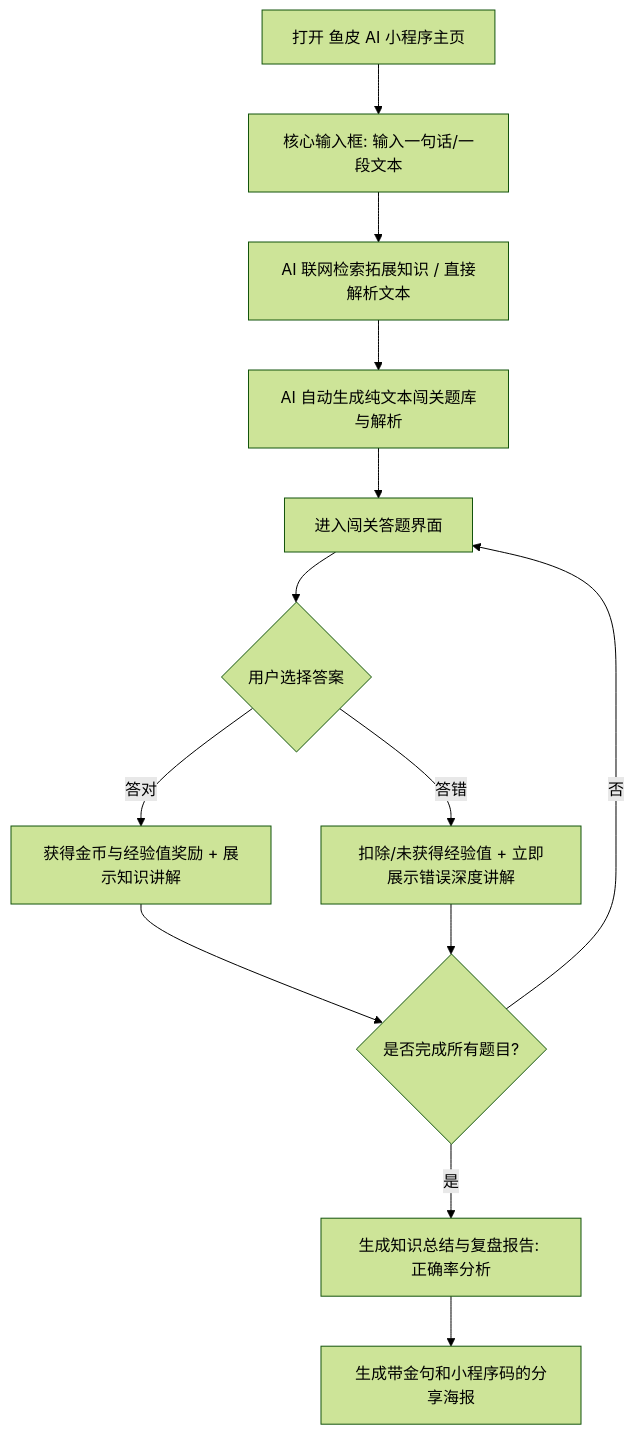
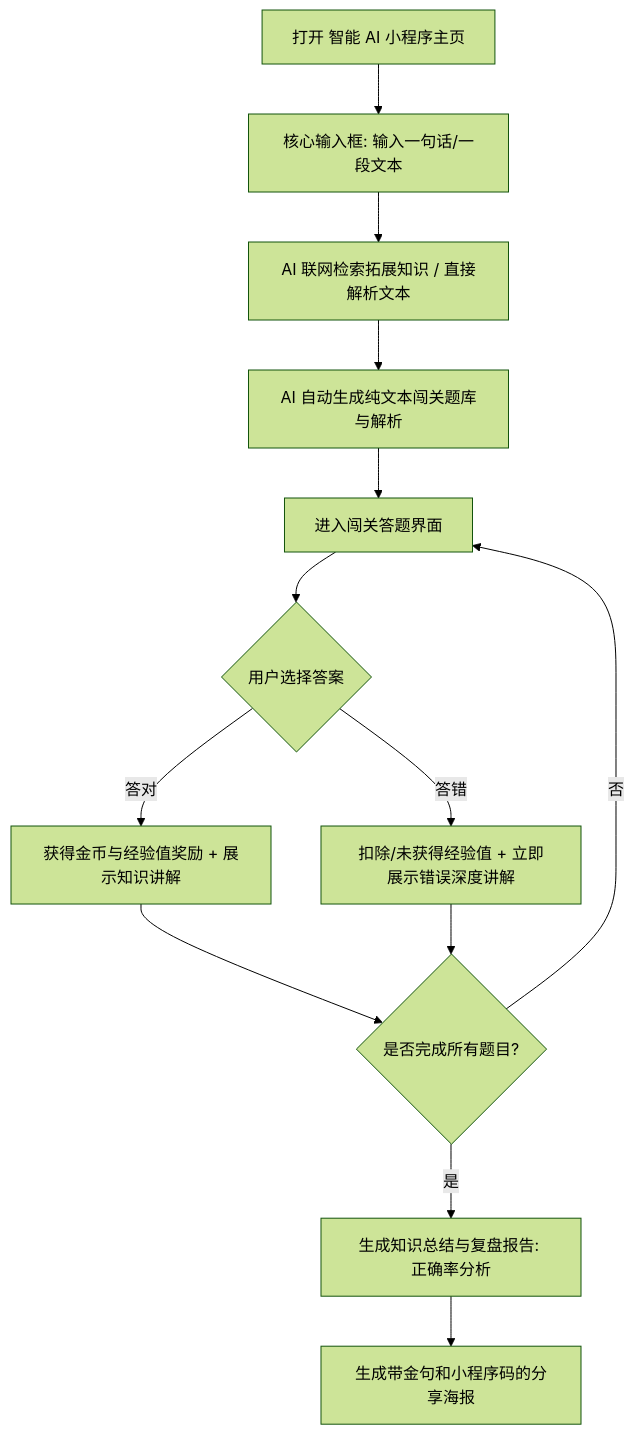
The diagram in docs/需求分析文档.md (fanxishu/fxs-ai-learn), drawn with Mermaid (forest theme) before and after one commit. The commit also changed other lines of this file and 41 other files, not shown here.

````diff
--- a/docs/需求分析文档.md
+++ b/docs/需求分析文档.md
@@ -62,15 +62,15 @@
 ```mermaid
 graph TD
-    A[打开 鱼皮 AI 小程序主页] --> B[核心输入框: 输入一句话/一段文本]
+    A[打开 智能 AI 小程序主页] --> B[核心输入框: 输入一句话/一段文本]
     B --> C[AI 联网检索拓展知识 / 直接解析文本]
     C --> D[AI 自动生成纯文本闯关题库与解析]
     D --> E[进入闯关答题界面]
     E --> F{用户选择答案}
     F -->|答对| G[获得金币与经验值奖励 + 展示知识讲解]
     F -->|答错| H[扣除/未获得经验值 + 立即展示错误深度讲解]
     G --> I{是否完成所有题目?}
     H --> I
     I -->|否| E
     I -->|是| J[生成知识总结与复盘报告: 正确率分析]
     J --> K[生成带金句和小程序码的分享海报]
 ```
````
